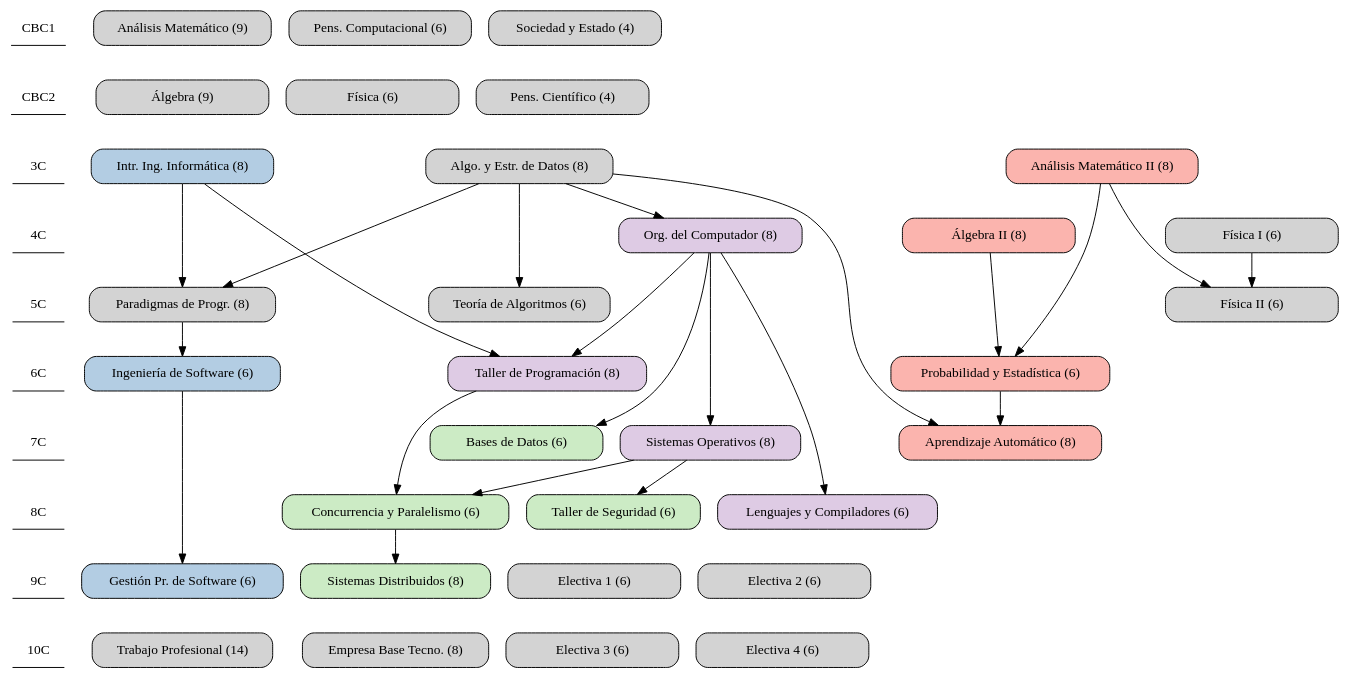
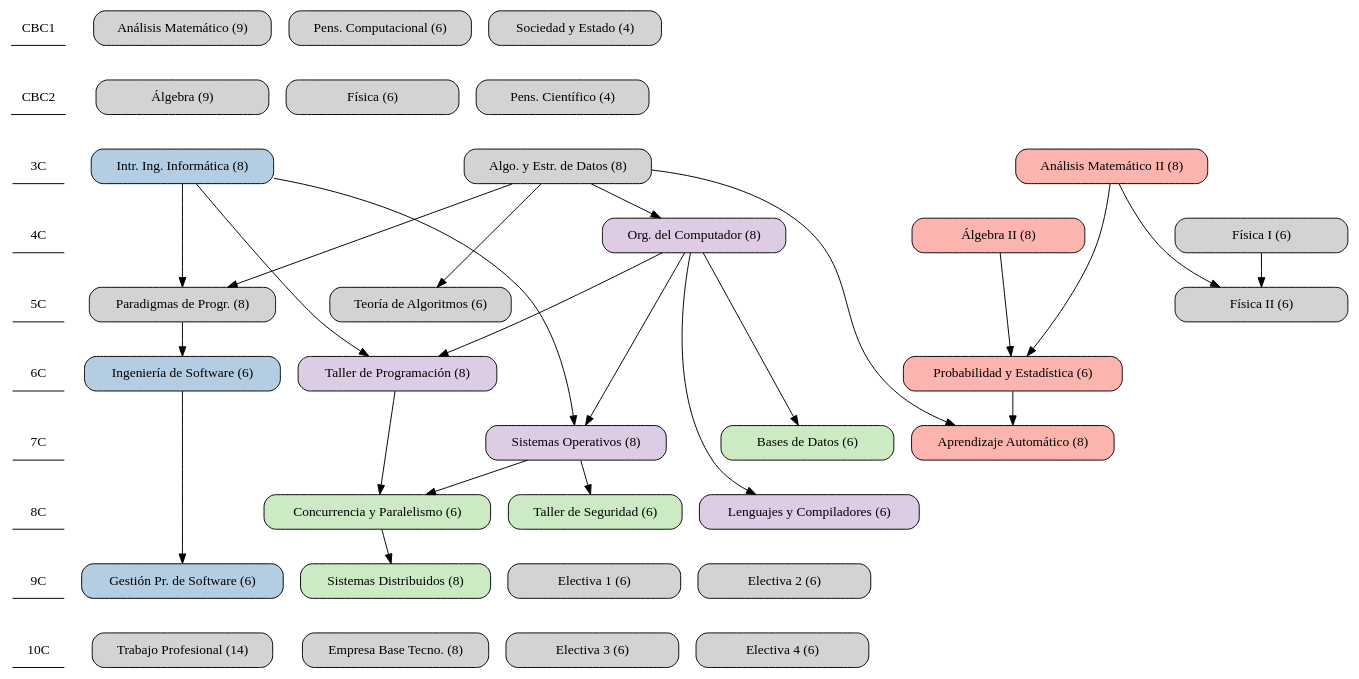
One commit to ing-informatica-fiuba/ing-informatica-fiuba.github.io changed the diagram in plan2020.dot. Above: the diagram before and after it, drawn with Graphviz.

Commit message:
arreglar correlativas SO

```diff
--- a/plan2020.dot
+++ b/plan2020.dot
@@ -1,76 +1,76 @@
 digraph {
     # grilla vertical de cuatrimestres
     node[shape=underline]
     "CBC1" -> "CBC2" -> "3C" -> "4C" -> "5C" -> "6C" -> "7C" -> "8C" -> "9C" -> "10C" [style=invis]
 
     # lista de materias
     node [shape=box, style="rounded,filled", width=2.5, colorscheme=pastel14]
-    am1[label="Análisis Matemático (9)"]
-    alg1[label="Álgebra (9)"]
+    am1[label="Análisis Matemático (9)", group=1]
+    alg1[label="Álgebra (9)", group=1]
     pco[label="Pens. Computacional (6)"]
     sye[label="Sociedad y Estado (4)"]
     fis[label="Física (6)"]
     pci[label="Pens. Científico (4)"]
 
     am2[label="Análisis Matemático II (8)", fillcolor=1, group=1]
     alg2[label="Álgebra II (8)", fillcolor=1, group=1]
     aye[label="Algo. y Estr. de Datos (8)", group=al]
     ids[label="Intr. Ing. Informática (8)", fillcolor=2, group=2]
     is[label="Ingeniería de Software (6)", fillcolor=2, group=2]
     gs[label="Gestión Pr. de Software (6)", fillcolor=2, group=2]
     par[label="Paradigmas de Progr. (8)", group=2]
-    tda[label="Teoría de Algoritmos (6)", group=al]
+    tda[label="Teoría de Algoritmos (6)"]
     fi1[label="Física I (6)", group=f]
     fi2[label="Física II (6)", group=f]
-    org[label="Org. del Computador (8)", fillcolor=4, group=4]
-    tal[label="Taller de Programación (8)", fillcolor=4, group=4]
-    lyc[label="Lenguajes y Compiladores (6)", fillcolor=4, group=4]
-    so[label="Sistemas Operativos (8)", fillcolor=4, group=4]
+    org[label="Org. del Computador (8)", fillcolor=4]
+    tal[label="Taller de Programación (8)", fillcolor=4]
+    lyc[label="Lenguajes y Compiladores (6)", fillcolor=4]
+    so[label="Sistemas Operativos (8)", fillcolor=4]
     pro[label="Probabilidad y Estadística (6)", fillcolor=1, group=1]
     ml[label="Aprendizaje Automático (8)", fillcolor=1, group=1]
-    bd[label="Bases de Datos (6)", fillcolor=3, group=3]
-    seg[label="Taller de Seguridad (6)", fillcolor=3, group=3]
-    con[label="Concurrencia y Paralelismo (6)", fillcolor=3, group=3]
-    dis[label="Sistemas Distribuidos (8)", fillcolor=3, group=3]
+    bd[label="Bases de Datos (6)", fillcolor=3]
+    seg[label="Taller de Seguridad (6)", fillcolor=3]
+    con[label="Concurrencia y Paralelismo (6)", fillcolor=3]
+    dis[label="Sistemas Distribuidos (8)", fillcolor=3]
 
     e1[label="Electiva 1 (6)"]
     e2[label="Electiva 2 (6)"]
     e3[label="Electiva 3 (6)"]
     e4[label="Electiva 4 (6)"]
     tp[label="Trabajo Profesional (14)"]
     emp[label="Empresa Base Tecno. (8)"]
 
     # distribucion por cuatrimestre
     {rank = same; "CBC1"; am1;  sye; pco;}
     {rank = same; "CBC2"; alg1;  fis; pci;}
     {rank = same; "3C"; am2;  aye; ids;}
     {rank = same; "4C"; alg2; fi1; org;}
     {rank = same; "5C"; fi2; par; tda;}
     {rank = same; "6C"; pro; tal; is;}
     {rank = same; "7C"; so;bd; ml;}
     {rank = same; "8C"; lyc; con;seg;}
     {rank = same; "9C"; dis; gs; e1; e2}
     {rank = same; "10C"; emp; tp; e3; e4}
 
     # correlatividades
     aye ->  org -> so -> con -> dis
     org -> tal -> con
     ids ->  par -> is -> gs
     aye ->  par
     aye ->  tda
     aye ->  ml
     ids ->  tal
     am2 ->  pro
     am2 ->  fi2
-    alg2 -> pro -> ml 
+    alg2 -> pro -> ml
     org ->  lyc
     org ->  bd
     fi1 ->  fi2
-    so  ->  seg
-    
+    ids -> so  ->  seg
+
 
     # estas son solo para mantener la disposicion
     am1 -> alg1 -> ids [style=invis]
     gs -> tp [style=invis]
     dis -> emp [style=invis]
 }
```
